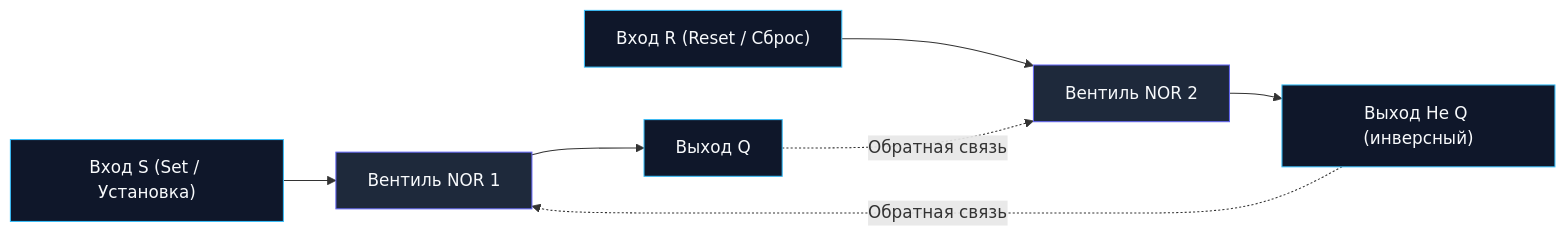
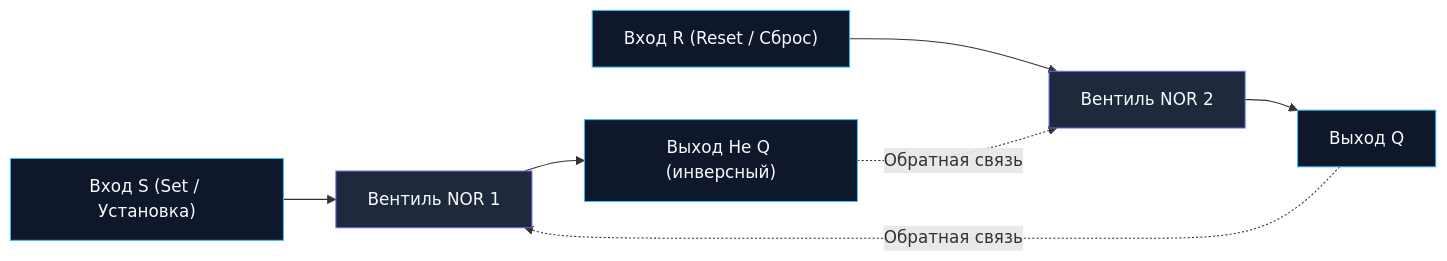
The second of 5 diagrams in sources/1. Архитектура компьютера/4. Последовательностная логика. Учим кремний помнить.md (UnrealTemplier/go-textbook-ru), drawn with Mermaid before and after one commit. The commit also changed other lines of this file and 40 other files, not shown here.

````diff
--- a/sources/1. Архитектура компьютера/4. Последовательностная логика. Учим кремний помнить.md
+++ b/sources/1. Архитектура компьютера/4. Последовательностная логика. Учим кремний помнить.md
@@ -54,16 +54,16 @@
 ```mermaid
 flowchart LR
     S["Вход S (Set / Установка)"] --> NOR1["Вентиль NOR 1"]
     R["Вход R (Reset / Сброс)"] --> NOR2["Вентиль NOR 2"]
     
-    NOR1 --> Q["Выход Q"]
-    NOR2 --> NQ["Выход Не Q (инверсный)"]
+    NOR1 --> NQ["Выход Не Q (инверсный)"]
+    NOR2 --> Q["Выход Q"]
     
-    Q -.->|Обратная связь| NOR2
-    NQ -.->|Обратная связь| NOR1
+    NQ -.->|Обратная связь| NOR2
+    Q -.->|Обратная связь| NOR1
 
     classDef gate fill:#1e293b,stroke:#6366f1,stroke-width:1px,color:#f8fafc;
     classDef io fill:#0f172a,stroke:#38bdf8,stroke-width:1px,color:#f8fafc;
     class NOR1,NOR2 gate;
     class S,R,Q,NQ io;
 ```
````
